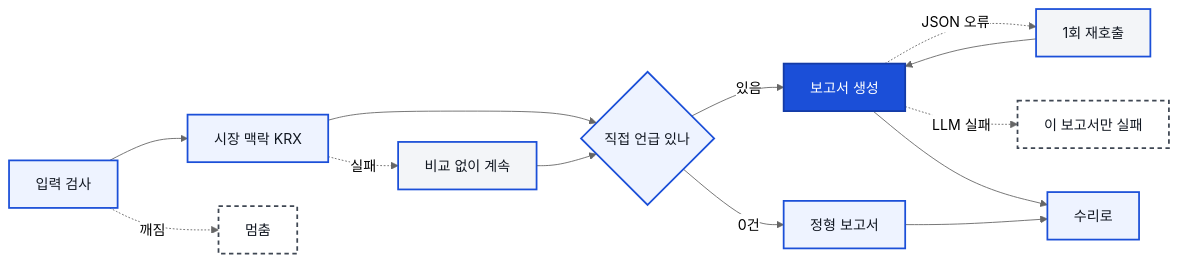
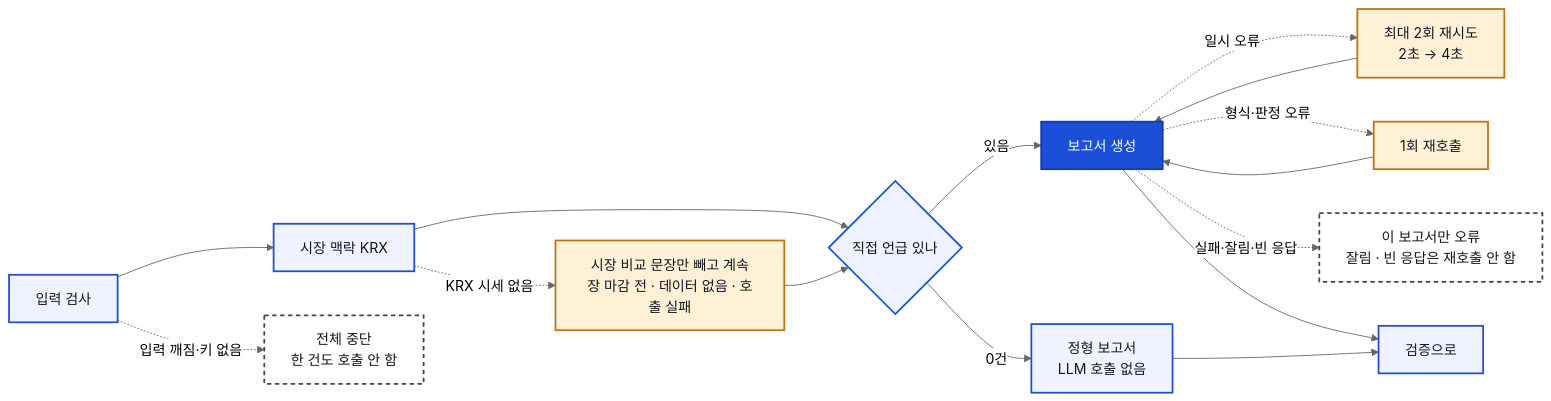
One commit to stfifo/ktc-pt changed the diagram in asset/mermaid/4-report1.mmd. Above: the diagram before and after it, drawn with Mermaid (neutral theme). The commit also changed 11 other files, not shown here.

Commit message:
차별화 포인트 근거 카드 제거, 시연 영상 확대, AI 에이전트 다이어그램을 docs 기준으로 수정

```diff
--- a/asset/mermaid/4-report1.mmd
+++ b/asset/mermaid/4-report1.mmd
@@ -1,17 +1,18 @@
 flowchart LR
   A[입력 검사] --> B[시장 맥락 KRX] --> C{직접 언급 있나} -- 있음 --> D[보고서 생성]
-  C -- 0건 --> E[정형 보고서]
-  A -.깨짐.-> X1[멈춤]
-  B -.실패.-> F1[비교 없이 계속] --> C
-  D -.JSON 오류.-> F2[1회 재호출] --> D
-  D -.LLM 실패.-> X2[이 보고서만 실패]
-  D --> NEXT[수리로]
+  C -- 0건 --> E[정형 보고서<br/>LLM 호출 없음]
+  A -.입력 깨짐·키 없음.-> X1[전체 중단<br/>한 건도 호출 안 함]
+  B -.KRX 시세 없음.-> F1[시장 비교 문장만 빼고 계속<br/>장 마감 전 · 데이터 없음 · 호출 실패] --> C
+  D -.일시 오류.-> F3[최대 2회 재시도<br/>2초 → 4초] --> D
+  D -.형식·판정 오류.-> F2[1회 재호출] --> D
+  D -.실패·잘림·빈 응답.-> X2[이 보고서만 오류<br/>잘림 · 빈 응답은 재호출 안 함]
+  D --> NEXT[검증으로]
   E --> NEXT
+  class A,B,C,E,NEXT code
+  class D llm
+  class F1,F2,F3 fb
+  class X1,X2 stop
   classDef code fill:#EEF3FF,stroke:#1B4FD8,stroke-width:2px,color:#111721
   classDef llm fill:#1B4FD8,stroke:#143BA6,stroke-width:2px,color:#FFFFFF
-  classDef fb fill:#F3F5F8,stroke:#1B4FD8,stroke-width:2px,color:#111721
+  classDef fb fill:#FFF1D6,stroke:#C2700A,stroke-width:2px,color:#111721
   classDef stop fill:#FFFFFF,stroke:#3F4753,stroke-width:2px,stroke-dasharray:5 4,color:#111721
-  class A,B,C,E,NEXT code
-  class D llm
-  class F1,F2 fb
-  class X1,X2 stop
```
